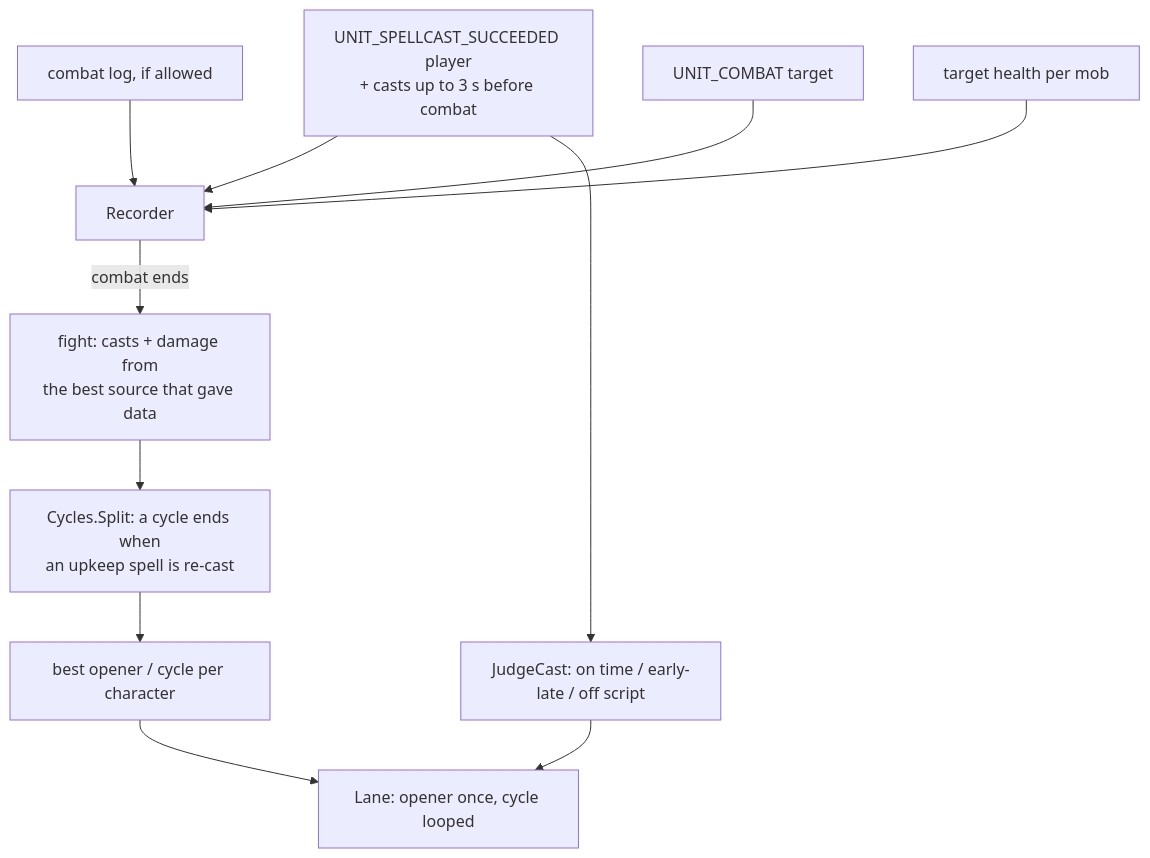
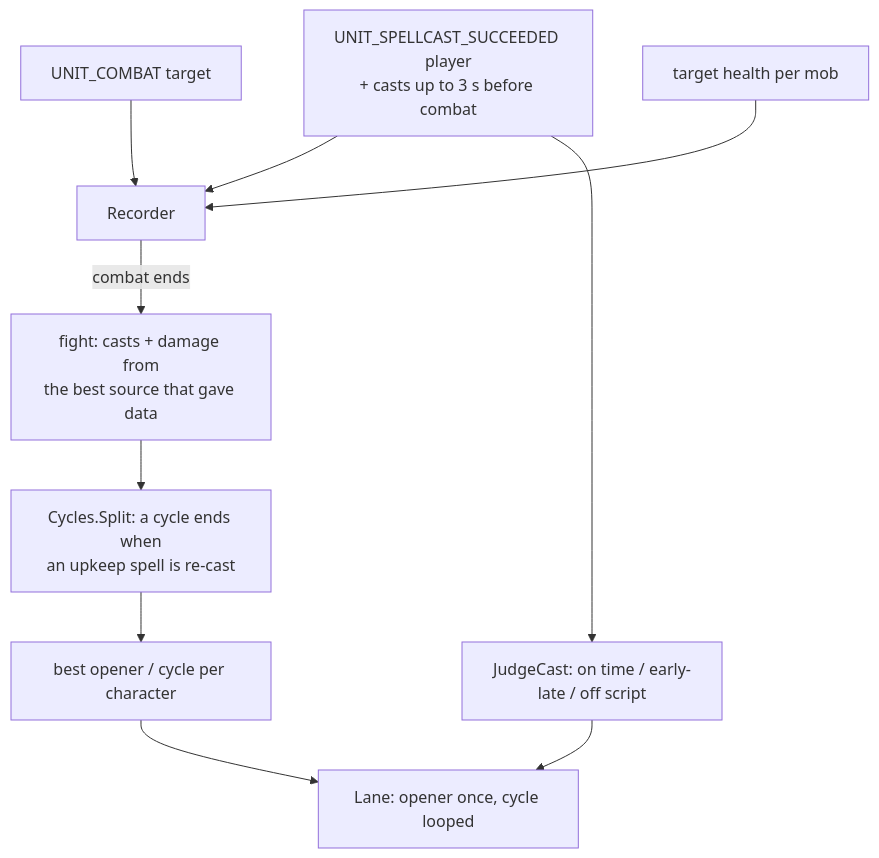
The second of 2 diagrams in docs/features/tempo/README.md (PhillypHenning/grimoire), drawn with Mermaid before and after one commit. The commit also changed other lines of this file and 3 other files, not shown here.

First line of the commit message:
Tempo: never register the combat log

````diff
--- a/docs/features/tempo/README.md
+++ b/docs/features/tempo/README.md
@@ -22,13 +22,12 @@
 ```mermaid
 flowchart TD
     Casts[UNIT_SPELLCAST_SUCCEEDED player<br/>+ casts up to 3 s before combat] --> Rec[Recorder]
-    CL[combat log, if allowed] --> Rec
     UC[UNIT_COMBAT target] --> Rec
     HP[target health per mob] --> Rec
     Rec -- combat ends --> Fight[fight: casts + damage from<br/>the best source that gave data]
     Fight --> Split[Cycles.Split: a cycle ends when<br/>an upkeep spell is re-cast]
     Split --> Best[best opener / cycle per character]
     Best --> Lane[Lane: opener once, cycle looped]
     Casts --> Judge[JudgeCast: on time / early-late / off script]
     Judge --> Lane
 ```
````
